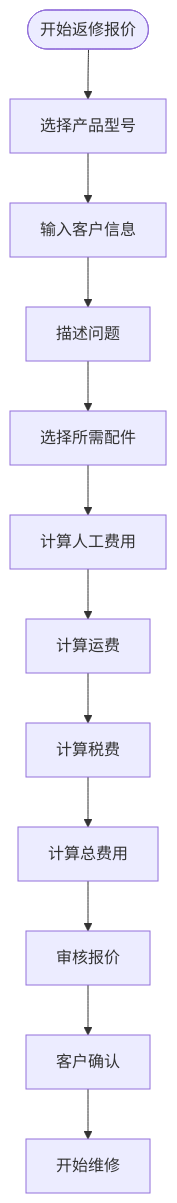
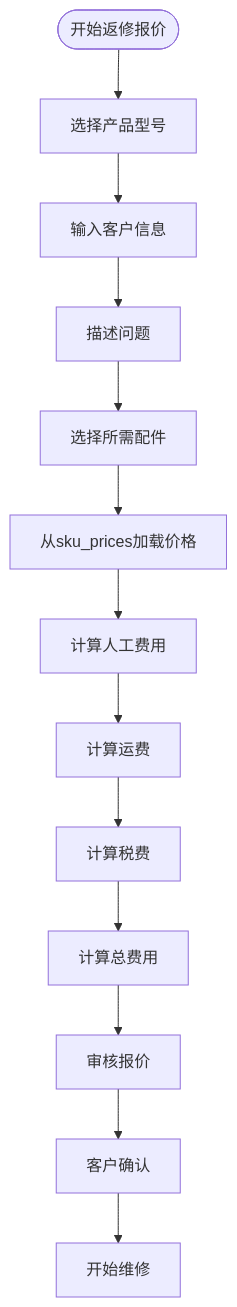
Before and after one commit to CubeEdge/Longhorn: the seventh of 12 diagrams in .qoder/repowiki/zh/content/数据库设计/服务配件SKU定价.md, drawn with Mermaid. The commit also changed other lines of this file and 53 other files, not shown here.

````diff
--- a/.qoder/repowiki/zh/content/数据库设计/服务配件SKU定价.md
+++ b/.qoder/repowiki/zh/content/数据库设计/服务配件SKU定价.md
@@ -317,14 +342,15 @@
 ```mermaid
 flowchart TD
 Start([开始返修报价]) --> SelectProduct["选择产品型号"]
 SelectProduct --> EnterInfo["输入客户信息"]
 EnterInfo --> DescribeIssue["描述问题"]
 DescribeIssue --> PartsNeeded["选择所需配件"]
-PartsNeeded --> LaborCalc["计算人工费用"]
+PartsNeeded --> LoadPrice["从sku_prices加载价格"]
+LoadPrice --> LaborCalc["计算人工费用"]
 LaborCalc --> ShippingCalc["计算运费"]
 ShippingCalc --> TaxCalc["计算税费"]
 TaxCalc --> TotalCalc["计算总费用"]
 TotalCalc --> ReviewQuote["审核报价"]
 ReviewQuote --> ConfirmQuote["客户确认"]
 ConfirmQuote --> StartRepair["开始维修"]
 ```
````
